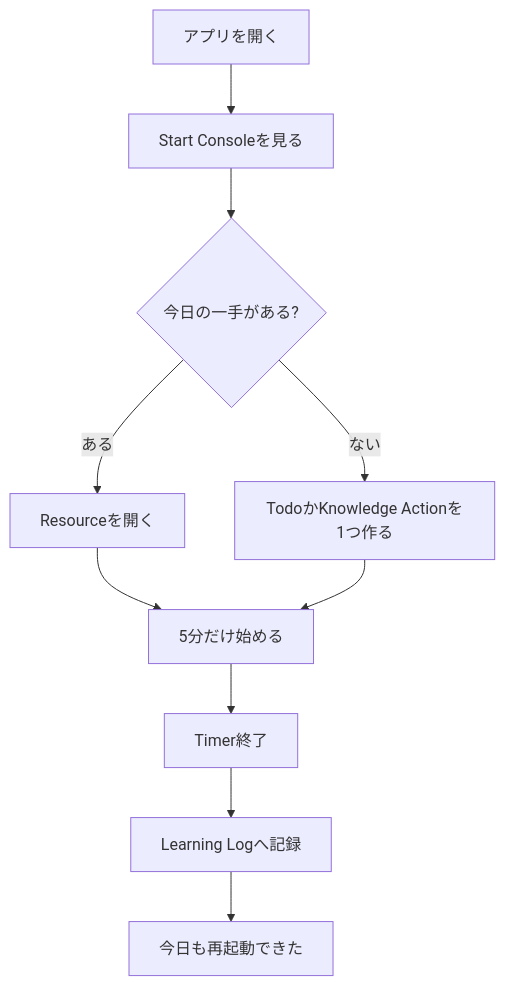
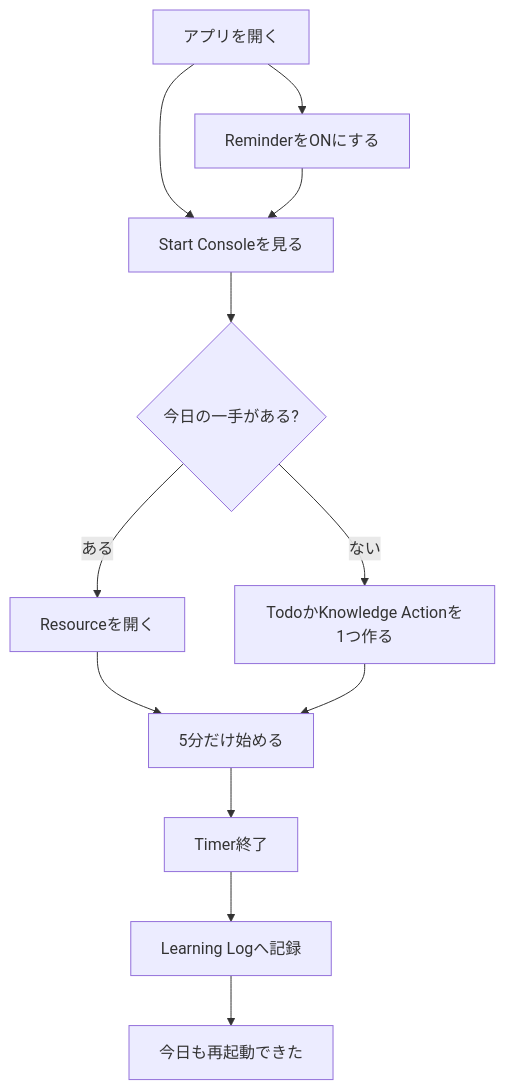
One commit to kum4san5/gemini_diary changed the diagram in .explainApp/README.md. Above: the diagram before and after it, drawn with Mermaid. The commit also changed other lines of this file and 8 other files, not shown here.

````diff
--- a/.explainApp/README.md
+++ b/.explainApp/README.md
@@ -49,12 +51,14 @@
 ```mermaid
 flowchart TD
     A[アプリを開く] --> B[Start Consoleを見る]
+    A --> R[ReminderをONにする]
     B --> C{今日の一手がある?}
     C -->|ある| D[Resourceを開く]
     C -->|ない| E[TodoかKnowledge Actionを1つ作る]
     D --> F[5分だけ始める]
     E --> F
     F --> G[Timer終了]
     G --> H[Learning Logへ記録]
     H --> I[今日も再起動できた]
+    R --> B
 ```
````
